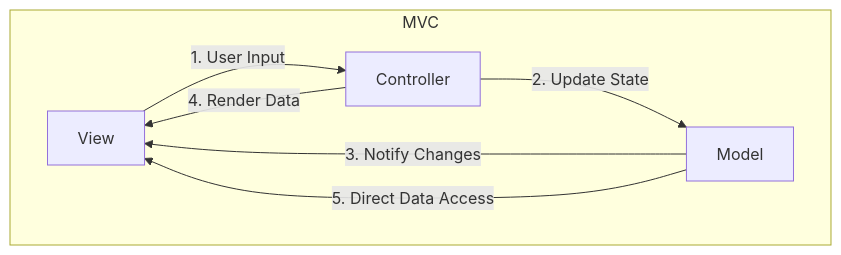
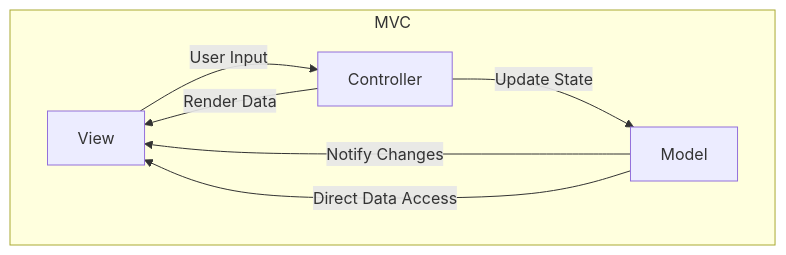
Before and after one commit to BlizzyIxyz/Code-Standards: the first of 3 diagrams in README.md, drawn with Mermaid. The commit also changed other lines of this file, not shown here.

````diff
--- a/README.md
+++ b/README.md
@@ -1,10 +1,10 @@
 ```mermaid
 flowchart TD
     subgraph MVC
-        A[View] -->|1. User Input| B[Controller]
-        B -->|2. Update State| C[Model]
-        C -->|3. Notify Changes| A
-        B -->|4. Render Data| A
-        C -->|5. Direct Data Access| A
+        A[View] -->|User Input| B[Controller]
+        B -->|Update State| C[Model]
+        C -->|Notify Changes| A
+        B -->|Render Data| A
+        C -->|Direct Data Access| A
     end
 ```
````
